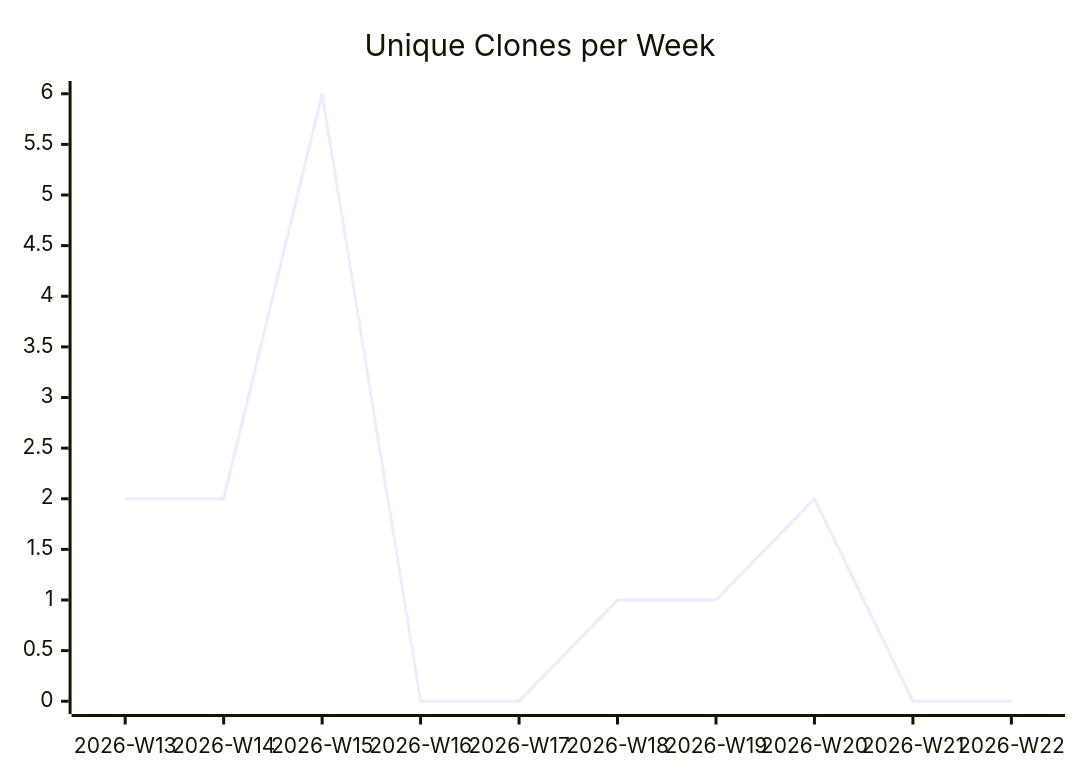
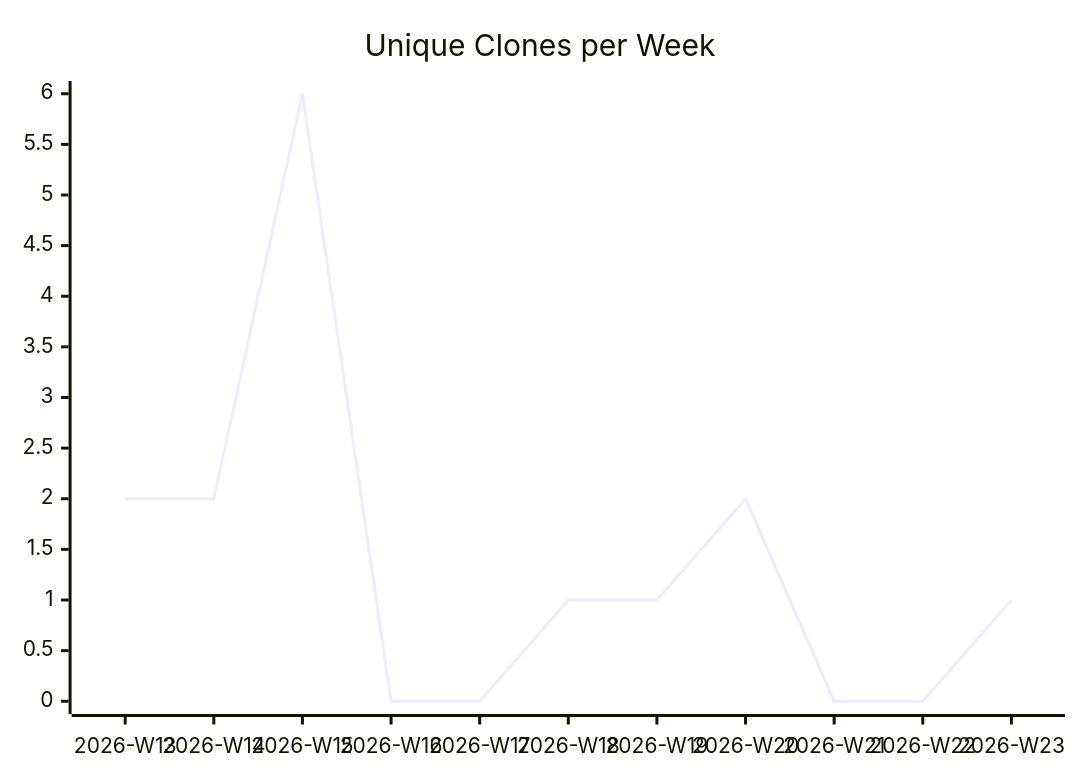
The third of 3 diagrams in karlmdavis/m2e-core-tests/README.md (justdavis-family/github-analytics-data), drawn with Mermaid before and after one commit. The commit also changed other lines of this file and 189 other files, not shown here.

````diff
--- a/karlmdavis/m2e-core-tests/README.md
+++ b/karlmdavis/m2e-core-tests/README.md
@@ -19,6 +19,6 @@
 ```mermaid
 xychart-beta
   title "Unique Clones per Week"
-  x-axis ["2026-W13", "2026-W14", "2026-W15", "2026-W16", "2026-W17", "2026-W18", "2026-W19", "2026-W20", "2026-W21", "2026-W22"]
-  line [2, 2, 6, 0, 0, 1, 1, 2, 0, 0]
+  x-axis ["2026-W13", "2026-W14", "2026-W15", "2026-W16", "2026-W17", "2026-W18", "2026-W19", "2026-W20", "2026-W21", "2026-W22", "2026-W23"]
+  line [2, 2, 6, 0, 0, 1, 1, 2, 0, 0, 1]
 ```
````
